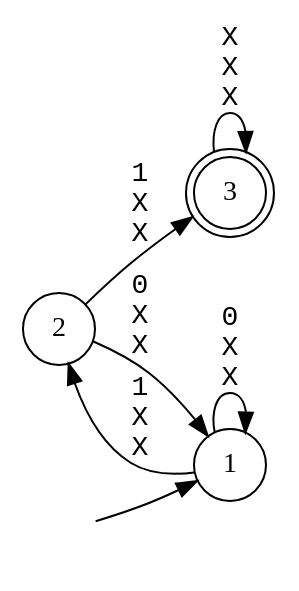
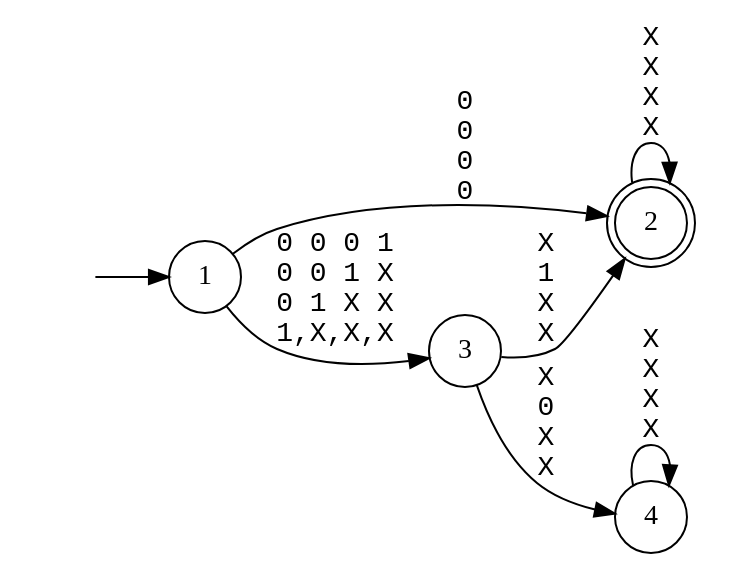
One commit to bishwamittra/LEXR changed the diagram in automa.dot. Above: the diagram before and after it, drawn with Graphviz. The commit also changed 15944 other files, not shown here.

```diff
--- a/automa.dot
+++ b/automa.dot
@@ -1,20 +1,22 @@
 digraph MONA_DFA {
 rankdir = LR;
 center = true;
 size = "7.5,10.5";
 edge [fontname = Courier];
 node [height = 0.5, width = 0.5];
 node [shape = doublecircle];
-3;
+2;
 node [shape = circle];
 1;
-2;
+3;
+4;
 node [shape = box];
 init [shape = plaintext, label = ""];
-1 -> 1 [label = "0\nX\nX"];
-1 -> 2 [label = "1\nX\nX"];
-2 -> 1 [label = "0\nX\nX"];
-2 -> 3 [label = "1\nX\nX"];
-3 -> 3 [label = "X\nX\nX"];
+1 -> 2 [label = "0\n0\n0\n0"];
+1 -> 3 [label = "0 0 0 1\n0 0 1 X\n0 1 X X\n1,X,X,X"];
+2 -> 2 [label = "X\nX\nX\nX"];
+3 -> 2 [label = "X\n1\nX\nX"];
+3 -> 4 [label = "X\n0\nX\nX"];
+4 -> 4 [label = "X\nX\nX\nX"];
 init -> 1;
 }
```
